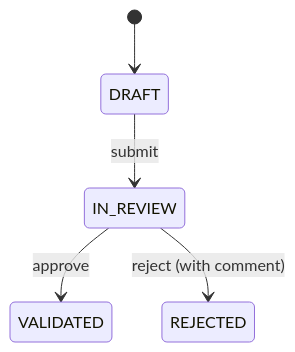
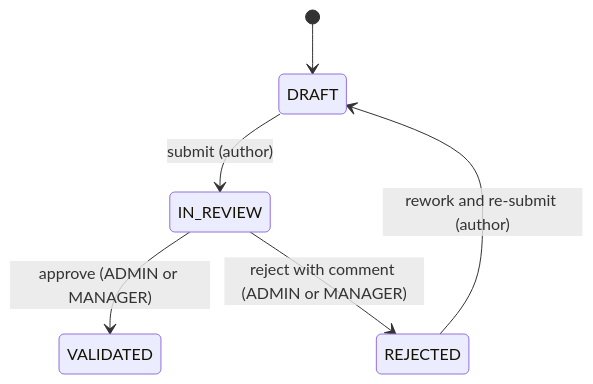
Before and after one commit to laucoin/my-project--documentation: the first of 2 diagrams in functional/business-objects/preparation/index.md, drawn with Mermaid. The commit also changed other lines of this file and 60 other files, not shown here.

````diff
--- a/functional/business-objects/preparation/index.md
+++ b/functional/business-objects/preparation/index.md
@@ -70,7 +67,8 @@
 ```mermaid
 stateDiagram-v2
     [*] --> DRAFT
-    DRAFT --> IN_REVIEW: submit
-    IN_REVIEW --> VALIDATED: approve
-    IN_REVIEW --> REJECTED: reject (with comment)
+    DRAFT --> IN_REVIEW: submit (author)
+    IN_REVIEW --> VALIDATED: approve (ADMIN or MANAGER)
+    IN_REVIEW --> REJECTED: reject with comment (ADMIN or MANAGER)
+    REJECTED --> DRAFT: rework and re-submit (author)
 ```
````
